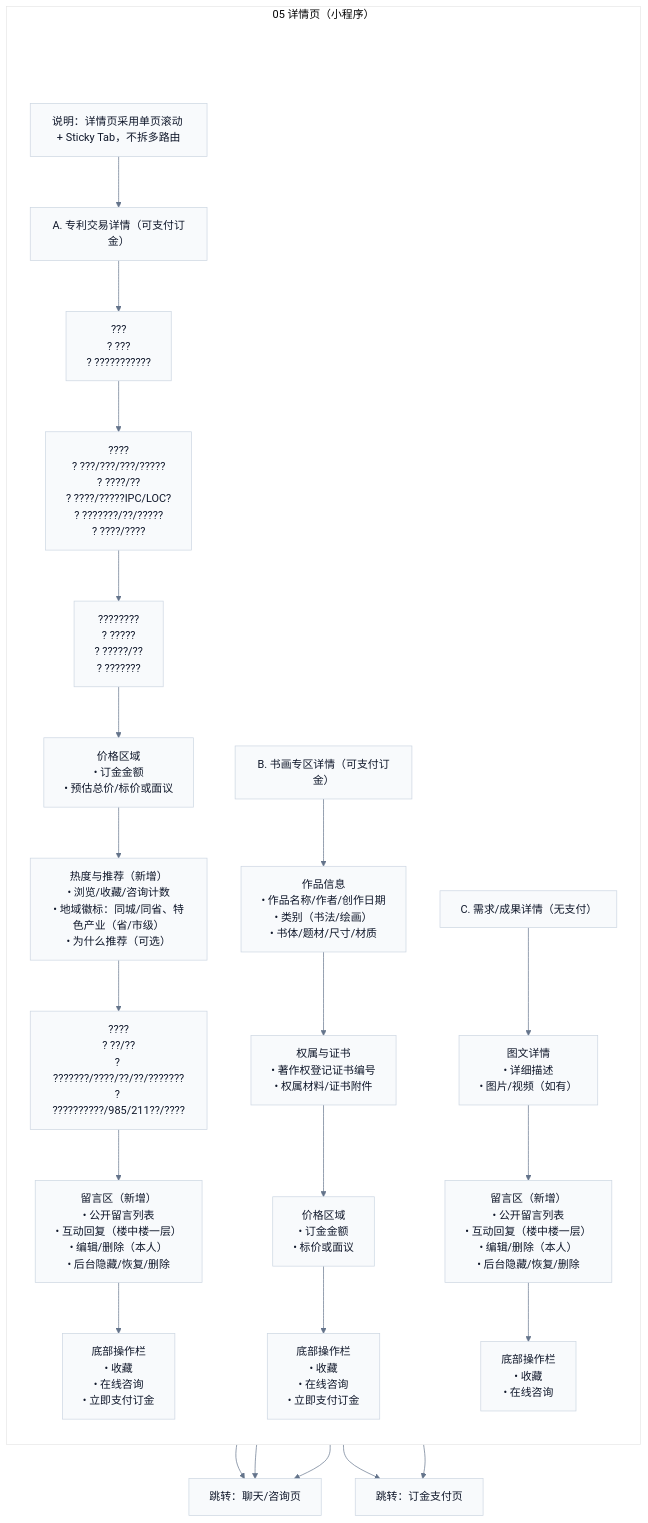
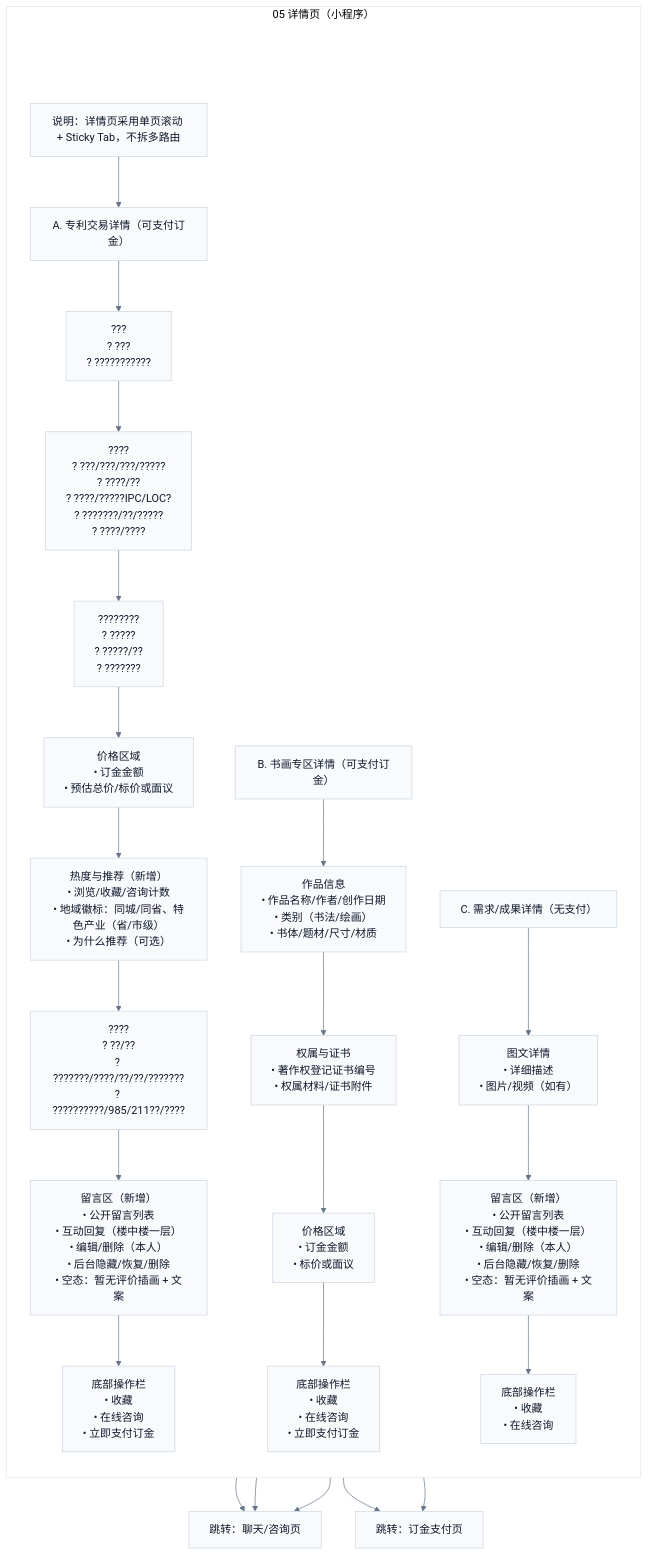
The diagram in docs/demo/pages/miniapp/05-detail.mmd (Ming-1984/Ipmoney), drawn with Mermaid before and after one commit. The commit also changed 74 other files, not shown here.

```diff
--- a/docs/demo/pages/miniapp/05-detail.mmd
+++ b/docs/demo/pages/miniapp/05-detail.mmd
@@ -1,46 +1,46 @@
 %%{init: {'theme':'base','flowchart': {'htmlLabels': true},'themeVariables': {'fontFamily': 'Inter, Microsoft YaHei, sans-serif','lineColor':'#64748B','primaryTextColor':'#0F172A','primaryBorderColor':'#CBD5E1','primaryColor':'#F8FAFC'}}}%%
 flowchart TB
   subgraph P["05 详情页（小程序）"]
     direction TB
     Pad[" "]:::pad
     Note["说明：详情页采用单页滚动 + Sticky Tab，不拆多路由"]:::section
 
     TitleA["A. 专利交易详情（可支付订金）"]:::section
     Media["???<br/>? ???<br/>? ???????????"]
     Info["????<br/>? ???/???/???/?????<br/>? ????/??<br/>? ????/?????IPC/LOC?<br/>? ???????/??/?????<br/>? ????/????"]
     Spec["????????<br/>? ?????<br/>? ?????/??<br/>? ???????"]
     Price["价格区域<br/>• 订金金额<br/>• 预估总价/标价或面议"]
     Stats["热度与推荐（新增）<br/>• 浏览/收藏/咨询计数<br/>• 地域徽标：同城/同省、特色产业（省/市级）<br/>• 为什么推荐（可选）"]
     Seller["????<br/>? ??/??<br/>? ???????/????/??/??/???????<br/>? ??????????/985/211??/????"]
-    Comments["留言区（新增）<br/>• 公开留言列表<br/>• 互动回复（楼中楼一层）<br/>• 编辑/删除（本人）<br/>• 后台隐藏/恢复/删除"]
+    Comments["留言区（新增）<br/>• 公开留言列表<br/>• 互动回复（楼中楼一层）<br/>• 编辑/删除（本人）<br/>• 后台隐藏/恢复/删除<br/>• 空态：暂无评价插画 + 文案"]
     Actions["底部操作栏<br/>• 收藏<br/>• 在线咨询<br/>• 立即支付订金"]
 
     TitleB["B. 书画专区详情（可支付订金）"]:::section
     ArtInfo["作品信息<br/>• 作品名称/作者/创作日期<br/>• 类别（书法/绘画）<br/>• 书体/题材/尺寸/材质"]
     ArtCert["权属与证书<br/>• 著作权登记证书编号<br/>• 权属材料/证书附件"]
     ArtPrice["价格区域<br/>• 订金金额<br/>• 标价或面议"]
     ArtActions["底部操作栏<br/>• 收藏<br/>• 在线咨询<br/>• 立即支付订金"]
 
     TitleC["C. 需求/成果详情（无支付）"]:::section
     Content["图文详情<br/>• 详细描述<br/>• 图片/视频（如有）"]
-    Comments2["留言区（新增）<br/>• 公开留言列表<br/>• 互动回复（楼中楼一层）<br/>• 编辑/删除（本人）<br/>• 后台隐藏/恢复/删除"]
+    Comments2["留言区（新增）<br/>• 公开留言列表<br/>• 互动回复（楼中楼一层）<br/>• 编辑/删除（本人）<br/>• 后台隐藏/恢复/删除<br/>• 空态：暂无评价插画 + 文案"]
     Actions2["底部操作栏<br/>• 收藏<br/>• 在线咨询"]
 
     Pad --> Note --> TitleA
     TitleA --> Media --> Info --> Spec --> Price --> Stats --> Seller --> Comments --> Actions
 
     TitleB --> ArtInfo --> ArtCert --> ArtPrice --> ArtActions
     TitleC --> Content --> Comments2 --> Actions2
   end
 
   Msg["跳转：聊天/咨询页"]
   Checkout["跳转：订金支付页"]
   Actions --> Msg
   Actions --> Checkout
   ArtActions --> Msg
   ArtActions --> Checkout
   Actions2 --> Msg
 
   classDef pad fill:transparent,stroke:transparent,color:transparent;
   classDef section fill:#F8FAFC,stroke:#CBD5E1,color:#0F172A;
   linkStyle 0 stroke:transparent,fill:transparent;
```
